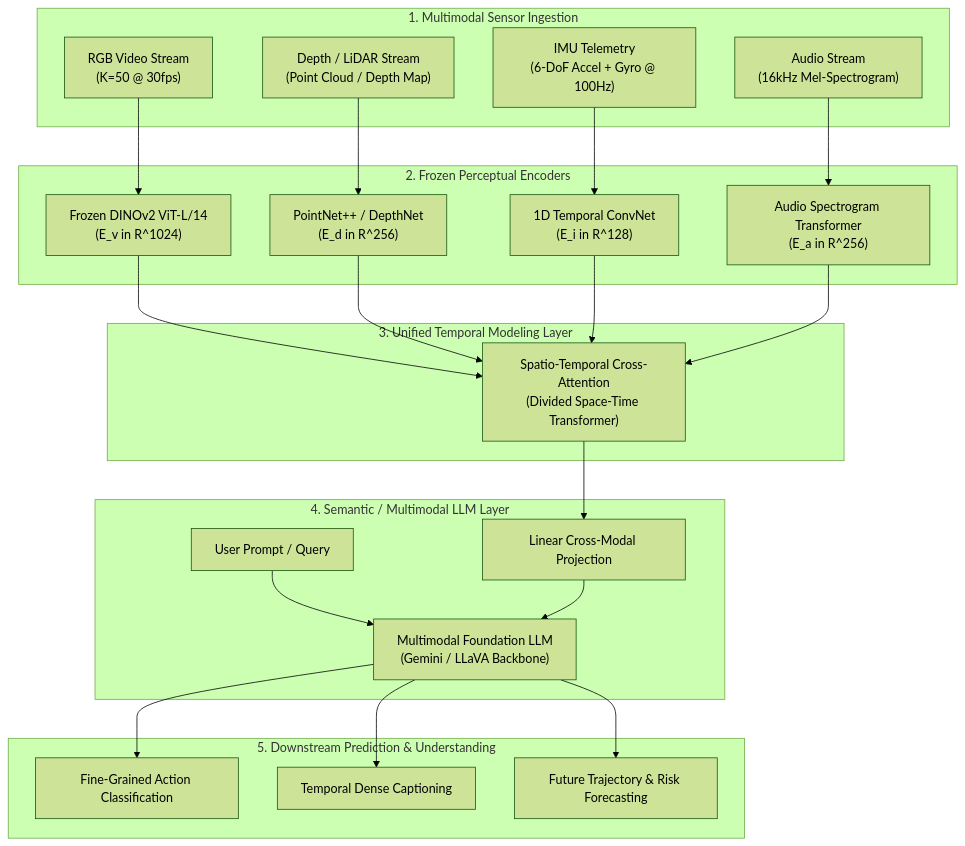
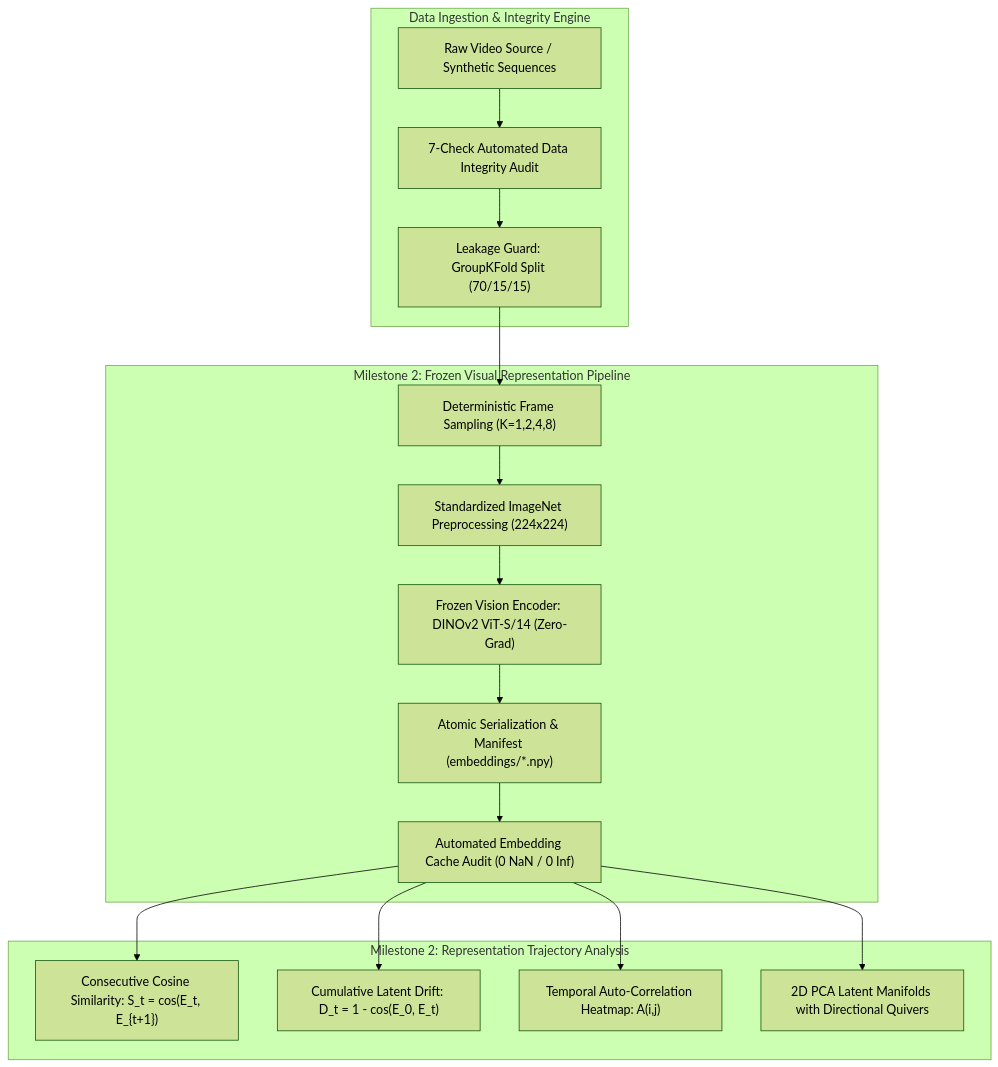
One commit to jayeshpandey01/temporal-visual-intelligence changed the diagram in research_paper.md. Above: the diagram before and after it, drawn with Mermaid (forest theme). The commit also changed other lines of this file and 3 other files, not shown here.

````diff
--- a/research_paper.md
+++ b/research_paper.md
@@ -750,35 +187,36 @@
 ```mermaid
 flowchart TD
-    subgraph Inputs["1. Multimodal Sensor Ingestion"]
-        V_In["RGB Video Stream\n(K=50 @ 30fps)"]
-        D_In["Depth / LiDAR Stream\n(Point Cloud / Depth Map)"]
-        I_In["IMU Telemetry\n(6-DoF Accel + Gyro @ 100Hz)"]
-        A_In["Audio Stream\n(16kHz Mel-Spectrogram)"]
+    subgraph DataIngestion ["Data Ingestion & Integrity Engine"]
+        RawVids["Raw Video Source / Synthetic Sequences"]
+        Audit7["7-Check Automated Data Integrity Audit"]
+        LeakageGuard["Leakage Guard: GroupKFold Split (70/15/15)"]
+        RawVids --> Audit7
+        Audit7 --> LeakageGuard
     end
 
-    subgraph Encoders["2. Frozen Perceptual Encoders"]
-        V_In --> V_Enc["Frozen DINOv2 ViT-L/14\n(E_v in R^1024)"]
-        D_In --> D_Enc["PointNet++ / DepthNet\n(E_d in R^256)"]
-        I_In --> I_Enc["1D Temporal ConvNet\n(E_i in R^128)"]
-        A_In --> A_Enc["Audio Spectrogram Transformer\n(E_a in R^256)"]
+    subgraph M2Pipeline ["Milestone 2: Frozen Visual Representation Pipeline"]
+        FrameSample["Deterministic Frame Sampling (K=1,2,4,8)"]
+        Preproc["Standardized ImageNet Preprocessing (224x224)"]
+        FrozenViT["Frozen Vision Encoder: DINOv2 ViT-S/14 (Zero-Grad)"]
+        DiskCache["Atomic Serialization & Manifest (embeddings/*.npy)"]
+        AuditCache["Automated Embedding Cache Audit (0 NaN / 0 Inf)"]
+        
+        LeakageGuard --> FrameSample
+        FrameSample --> Preproc
+        Preproc --> FrozenViT
+        FrozenViT --> DiskCache
+        DiskCache --> AuditCache
     end
 
-    subgraph Temporal["3. Unified Temporal Modeling Layer"]
-        V_Enc --> Temp_Attn["Spatio-Temporal Cross-Attention\n(Divided Space-Time Transformer)"]
-        D_Enc --> Temp_Attn
-        I_Enc --> Temp_Attn
-        A_Enc --> Temp_Attn
-    end
-
-    subgraph VLM["4. Semantic / Multimodal LLM Layer"]
-        Temp_Attn --> Proj["Linear Cross-Modal Projection"]
-        Text_Prompt["User Prompt / Query"] --> LLM["Multimodal Foundation LLM\n(Gemini / LLaVA Backbone)"]
-        Proj --> LLM
-    end
-
-    subgraph Outputs["5. Downstream Prediction & Understanding"]
-        LLM --> Out_Act["Fine-Grained Action Classification"]
-        LLM --> Out_Cap["Temporal Dense Captioning"]
-        LLM --> Out_Traj["Future Trajectory & Risk Forecasting"]
+    subgraph M2Analysis ["Milestone 2: Representation Trajectory Analysis"]
+        CosSim["Consecutive Cosine Similarity: S_t = cos(E_t, E_{t+1})"]
+        Drift["Cumulative Latent Drift: D_t = 1 - cos(E_0, E_t)"]
+        AutoCorr["Temporal Auto-Correlation Heatmap: A(i,j)"]
+        PCA2D["2D PCA Latent Manifolds with Directional Quivers"]
+        
+        AuditCache --> CosSim
+        AuditCache --> Drift
+        AuditCache --> AutoCorr
+        AuditCache --> PCA2D
     end
 ```
````
